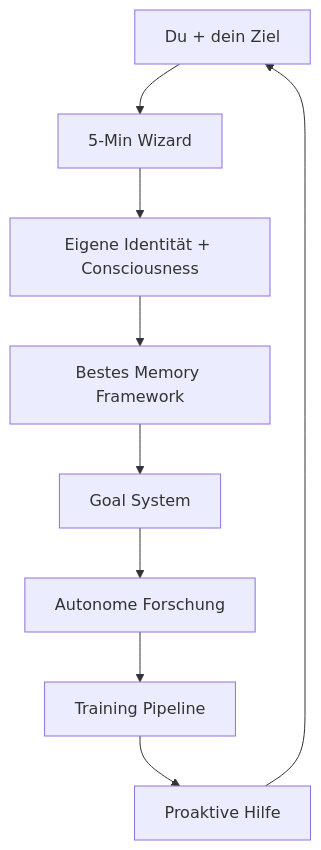
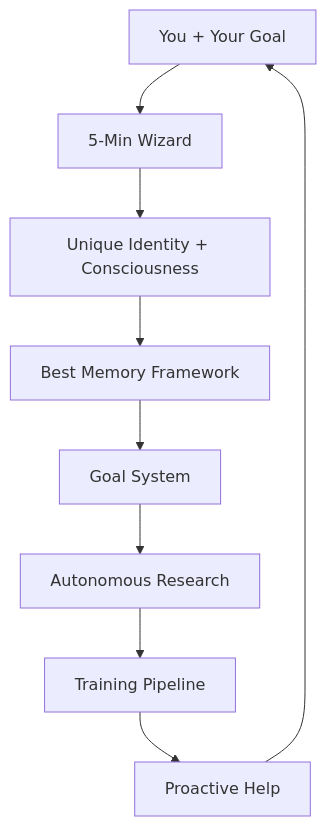
One commit to Wittmann1988/Way2AGI-public changed the first of 2 diagrams in README.md. Above: the diagram before and after it, drawn with Mermaid. The commit also changed other lines of this file, not shown here.

````diff
--- a/README.md
+++ b/README.md
@@ -58,11 +71,11 @@
 ```mermaid
 graph TD
-    User["Du + dein Ziel"] --> Wizard["5-Min Wizard"]
-    Wizard --> Identity["Eigene Identität + Consciousness"]
-    Identity --> Memory["Bestes Memory Framework"]
+    User["You + Your Goal"] --> Wizard["5-Min Wizard"]
+    Wizard --> Identity["Unique Identity + Consciousness"]
+    Identity --> Memory["Best Memory Framework"]
     Memory --> Goals["Goal System"]
-    Goals --> Research["Autonome Forschung"]
+    Goals --> Research["Autonomous Research"]
     Research --> Training["Training Pipeline"]
-    Training --> Proactive["Proaktive Hilfe"]
+    Training --> Proactive["Proactive Help"]
     Proactive --> User
 ```
````
